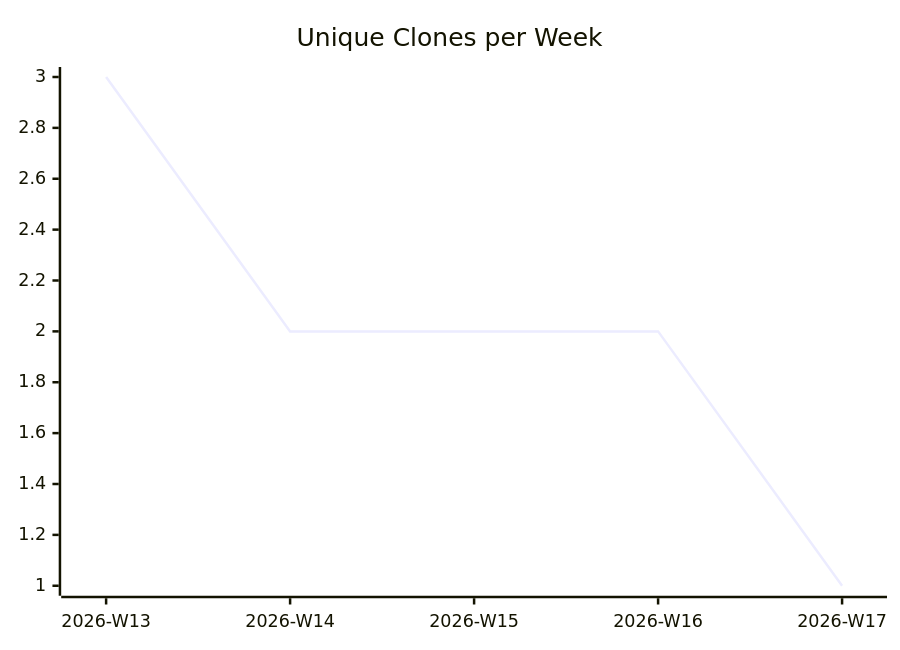
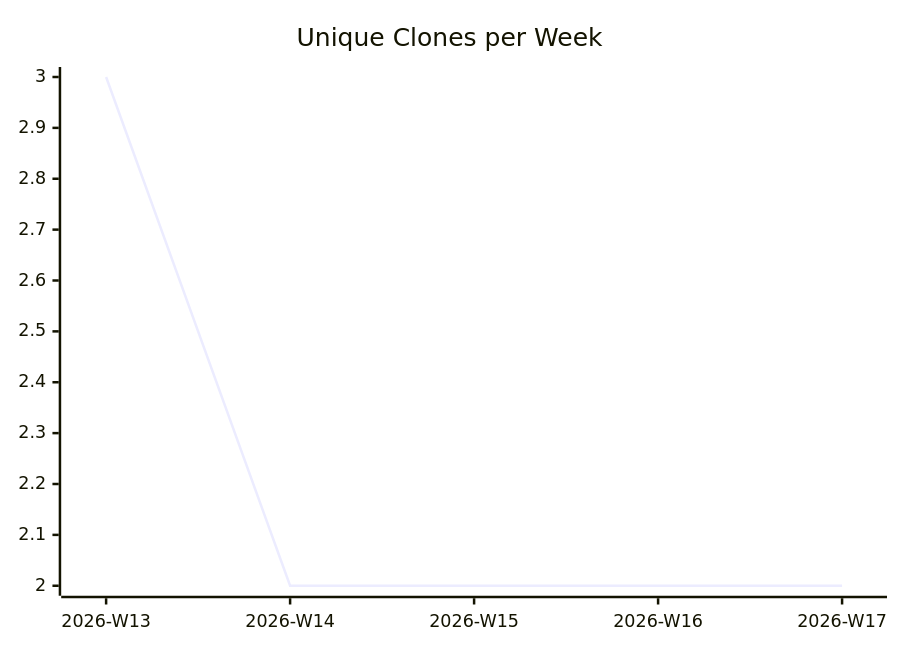
The third of 3 diagrams in karlmdavis/can-i-kayak-baltimore/README.md (justdavis-family/github-analytics-data), drawn with Mermaid before and after one commit. The commit also changed other lines of this file and 165 other files, not shown here.

````diff
--- a/karlmdavis/can-i-kayak-baltimore/README.md
+++ b/karlmdavis/can-i-kayak-baltimore/README.md
@@ -19,6 +19,6 @@
 ```mermaid
 xychart-beta
   title "Unique Clones per Week"
   x-axis ["2026-W13", "2026-W14", "2026-W15", "2026-W16", "2026-W17"]
-  line [3, 2, 2, 2, 1]
+  line [3, 2, 2, 2, 2]
 ```
````
